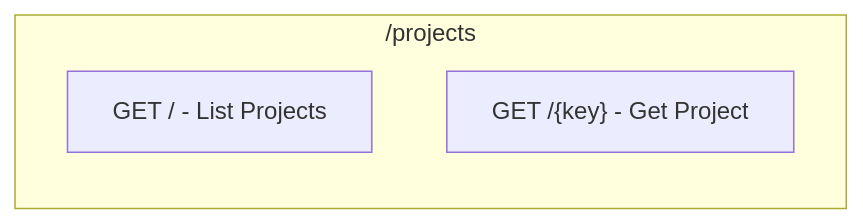
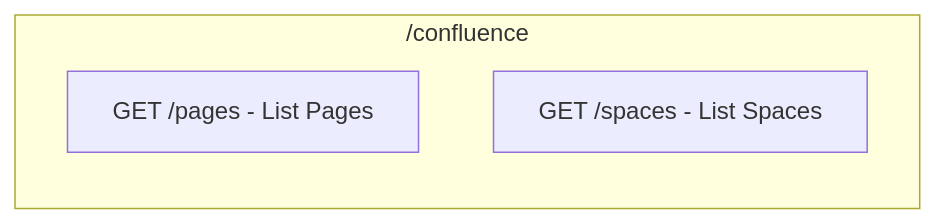
The sixth of 10 diagrams in api-services/jira-api/docs/ARCHITECTURE.md (rom-orlovich/groote-ai), drawn with Mermaid before and after one commit. The commit also changed other lines of this file and 99 other files, not shown here.

Commit message:
feat: Add comprehensive documentation for service features, architecture, and flows, and introduce a Claude skill for documentation synchronization.

````diff
--- a/api-services/jira-api/docs/ARCHITECTURE.md
+++ b/api-services/jira-api/docs/ARCHITECTURE.md
@@ -94,7 +108,7 @@
 ```mermaid
 graph LR
-    subgraph Projects["/projects"]
-        P1["GET / - List Projects"]
-        P2["GET /{key} - Get Project"]
+    subgraph Confluence["/confluence"]
+        C1["GET /pages - List Pages"]
+        C2["GET /spaces - List Spaces"]
     end
 ```
````
